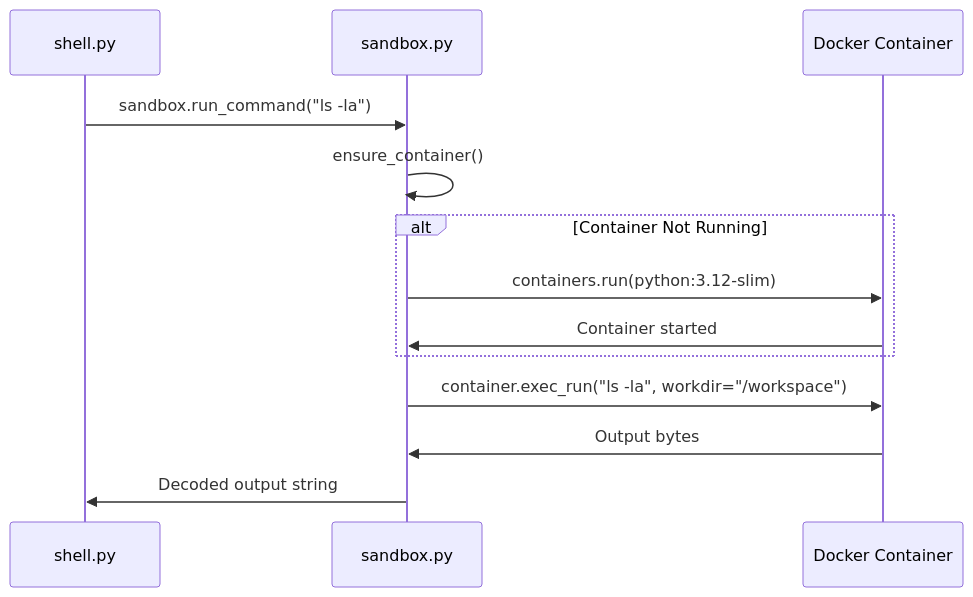
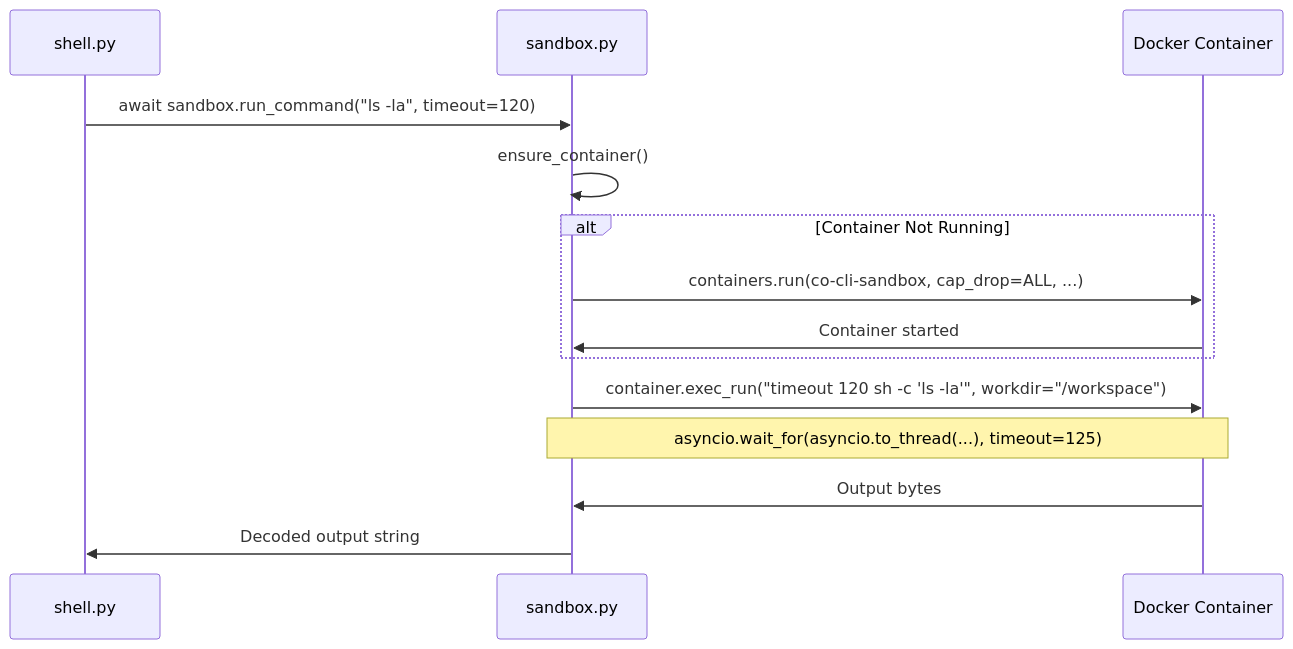
The fourth of 15 diagrams in docs/DESIGN-co-cli.md (binlecode/co-cli), drawn with Mermaid before and after one commit. The commit also changed other lines of this file and 20 other files, not shown here.

First line of the commit message:
Add shell safe-command whitelist, approval flow tests, sandbox hardening tests

````diff
--- a/docs/DESIGN-co-cli.md
+++ b/docs/DESIGN-co-cli.md
@@ -181,18 +181,19 @@
 ```mermaid
 sequenceDiagram
     participant Tool as shell.py
     participant Sandbox as sandbox.py
     participant Docker as Docker Container
 
-    Tool->>Sandbox: sandbox.run_command("ls -la")
+    Tool->>Sandbox: await sandbox.run_command("ls -la", timeout=120)
     Sandbox->>Sandbox: ensure_container()
 
     alt Container Not Running
-        Sandbox->>Docker: containers.run(python:3.12-slim)
+        Sandbox->>Docker: containers.run(co-cli-sandbox, cap_drop=ALL, ...)
         Docker->>Sandbox: Container started
     end
 
-    Sandbox->>Docker: container.exec_run("ls -la", workdir="/workspace")
+    Sandbox->>Docker: container.exec_run("timeout 120 sh -c 'ls -la'", workdir="/workspace")
+    Note over Sandbox,Docker: asyncio.wait_for(asyncio.to_thread(...), timeout=125)
     Docker->>Sandbox: Output bytes
     Sandbox->>Tool: Decoded output string
 ```
````
